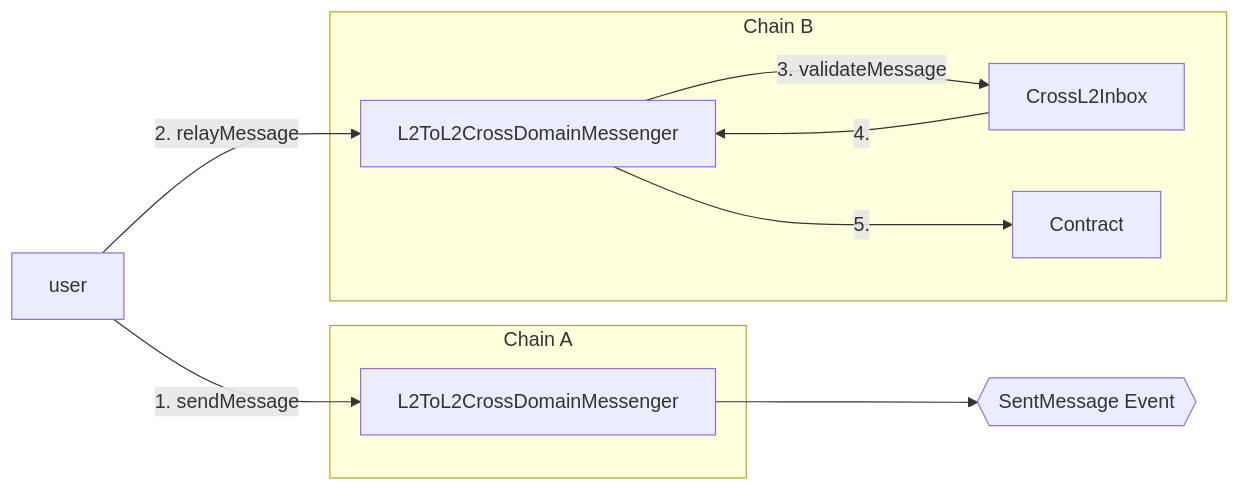
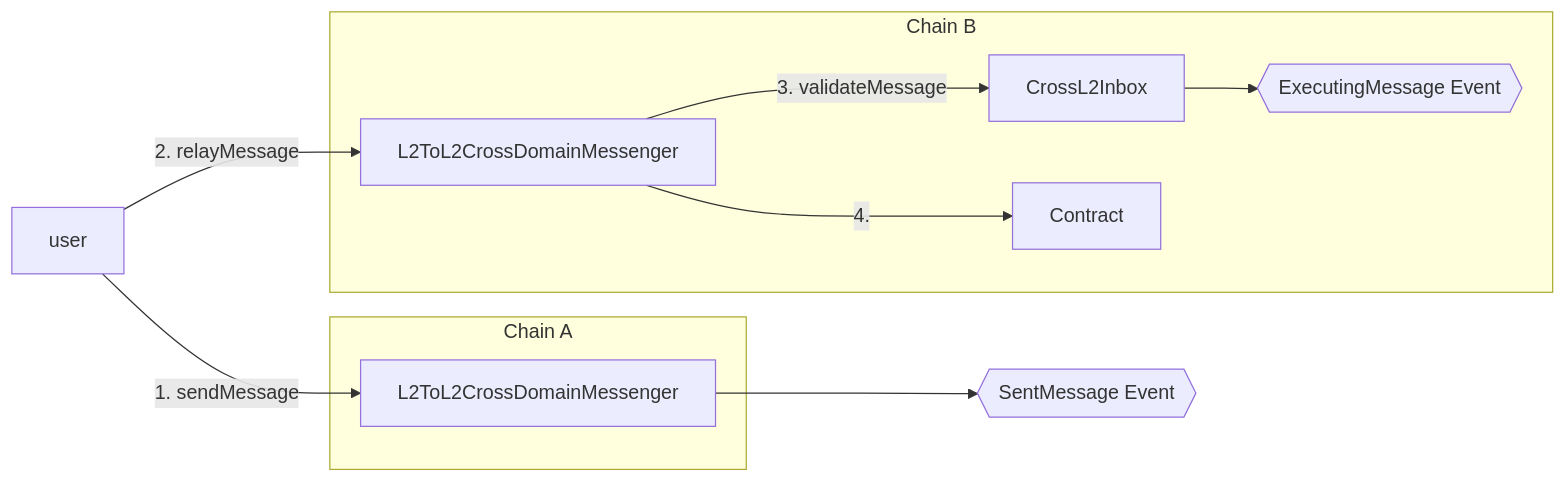
The first of 4 diagrams in specs/interop/predeploys.md (ethereum-optimism/specs), drawn with Mermaid before and after one commit.

Commit message:
specs: fix L2ToL2CrossDomainMessenger mermaid diagram
Fix the mermaid diagram for the messenger so that it is more accurate.

````diff
--- a/specs/interop/predeploys.md
+++ b/specs/interop/predeploys.md
@@ -360,23 +360,24 @@
 ```mermaid
 flowchart LR
     user -->|"1#46; sendMessage"| al2tol2
     user --> |"2#46; relayMessage"|bl2tol2
-    em{{SentMessage Event}}
+    im{{SentMessage Event}}
+    em{{ExecutingMessage Event}}
 
     direction TB
-    al2tol2 --> em
+    al2tol2 --> im
 
     bcl2[CrossL2Inbox]
     al2tol2[L2ToL2CrossDomainMessenger]
     bl2tol2[L2ToL2CrossDomainMessenger]
 
     subgraph "Chain A"
       al2tol2
     end
 
     subgraph "Chain B"
       bl2tol2  --> |"3#46; validateMessage"|bcl2
-      bcl2 --> |"4#46;"| bl2tol2
-      bl2tol2 --> |"5#46;"| Contract
+      bcl2 --> em
+      bl2tol2 --> |"4#46;"| Contract
     end
 ```
````
